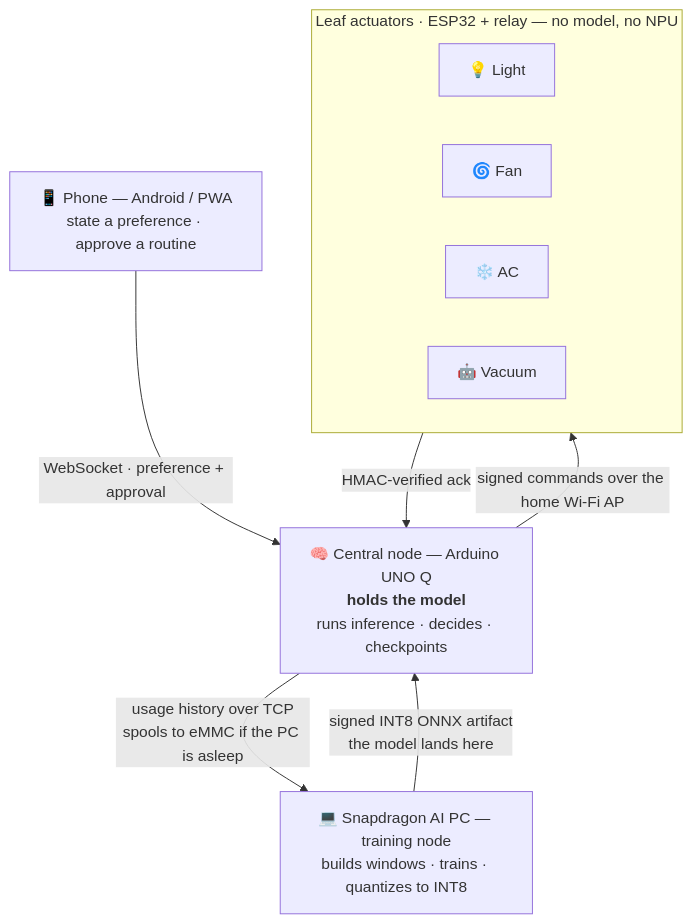
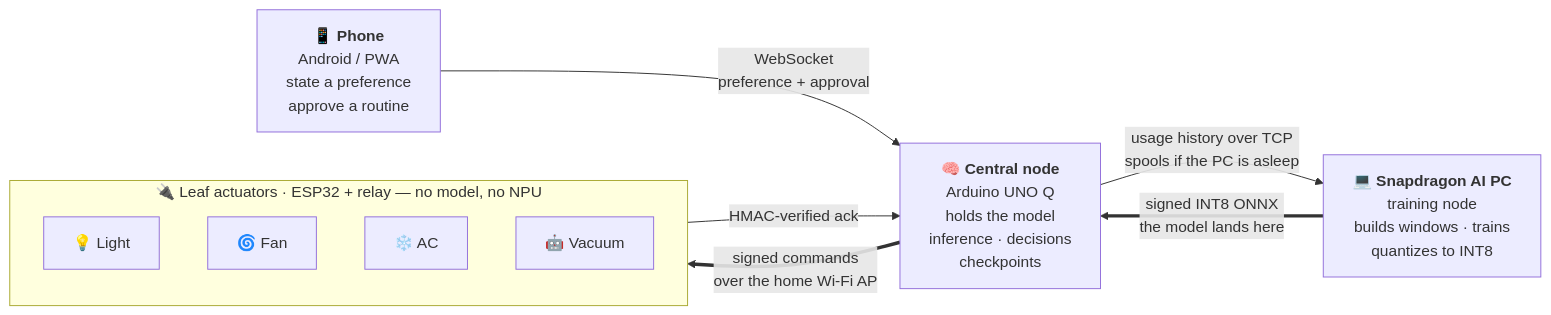
Before and after one commit to gtathelegend/AEON-HOME: the diagram in README.md, drawn with Mermaid.

Commit message:
docs: lay the orchestration diagram out left-to-right
The TB layout ran to 1028px tall and stranded the training node at the
bottom -- mermaid drops a subgraph's own direction once edges cross its
boundary, so the leaves stacked vertically. LR reads PC -> central node
-> leaves in the order the artifact actually travels, with the model
path drawn as a thick edge.

````diff
--- a/README.md
+++ b/README.md
@@ -132,20 +132,19 @@
 ```mermaid
-flowchart TB
-    PHONE["📱 Phone — Android / PWA<br>state a preference · approve a routine"]
-    CENTRAL["🧠 Central node — Arduino UNO Q<br><b>holds the model</b><br>runs inference · decides · checkpoints"]
-    PC["💻 Snapdragon AI PC — training node<br>builds windows · trains · quantizes to INT8"]
+flowchart LR
+    PC["💻 <b>Snapdragon AI PC</b><br>training node<br>builds windows · trains<br>quantizes to INT8"]
+    CENTRAL["🧠 <b>Central node</b><br>Arduino UNO Q<br>holds the model<br>inference · decisions<br>checkpoints"]
+    PHONE["📱 <b>Phone</b><br>Android / PWA<br>state a preference<br>approve a routine"]
 
-    subgraph LEAVES["Leaf actuators · ESP32 + relay — no model, no NPU"]
-        direction LR
+    subgraph LEAVES["🔌 Leaf actuators · ESP32 + relay — no model, no NPU"]
         L1["💡 Light"]
         L2["🌀 Fan"]
         L3["❄️ AC"]
         L4["🤖 Vacuum"]
     end
 
-    PHONE -->|"WebSocket · preference + approval"| CENTRAL
-    CENTRAL -->|"usage history over TCP<br>spools to eMMC if the PC is asleep"| PC
-    PC -->|"signed INT8 ONNX artifact<br>the model lands here"| CENTRAL
-    CENTRAL -->|"signed commands over the home Wi-Fi AP"| LEAVES
+    PC ==>|"signed INT8 ONNX<br>the model lands here"| CENTRAL
+    CENTRAL -->|"usage history over TCP<br>spools if the PC is asleep"| PC
+    PHONE -->|"WebSocket<br>preference + approval"| CENTRAL
+    CENTRAL ==>|"signed commands<br>over the home Wi-Fi AP"| LEAVES
     LEAVES -->|"HMAC-verified ack"| CENTRAL
 ```
````
